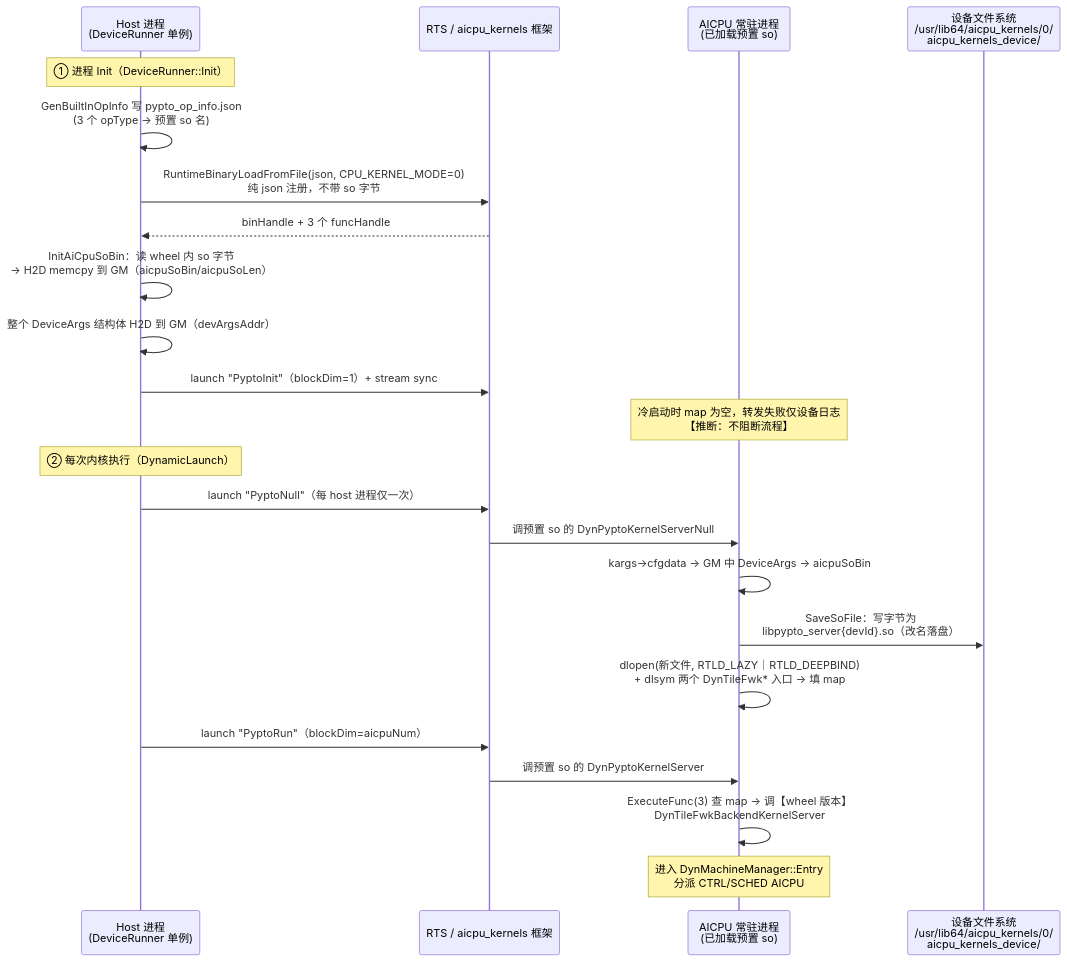
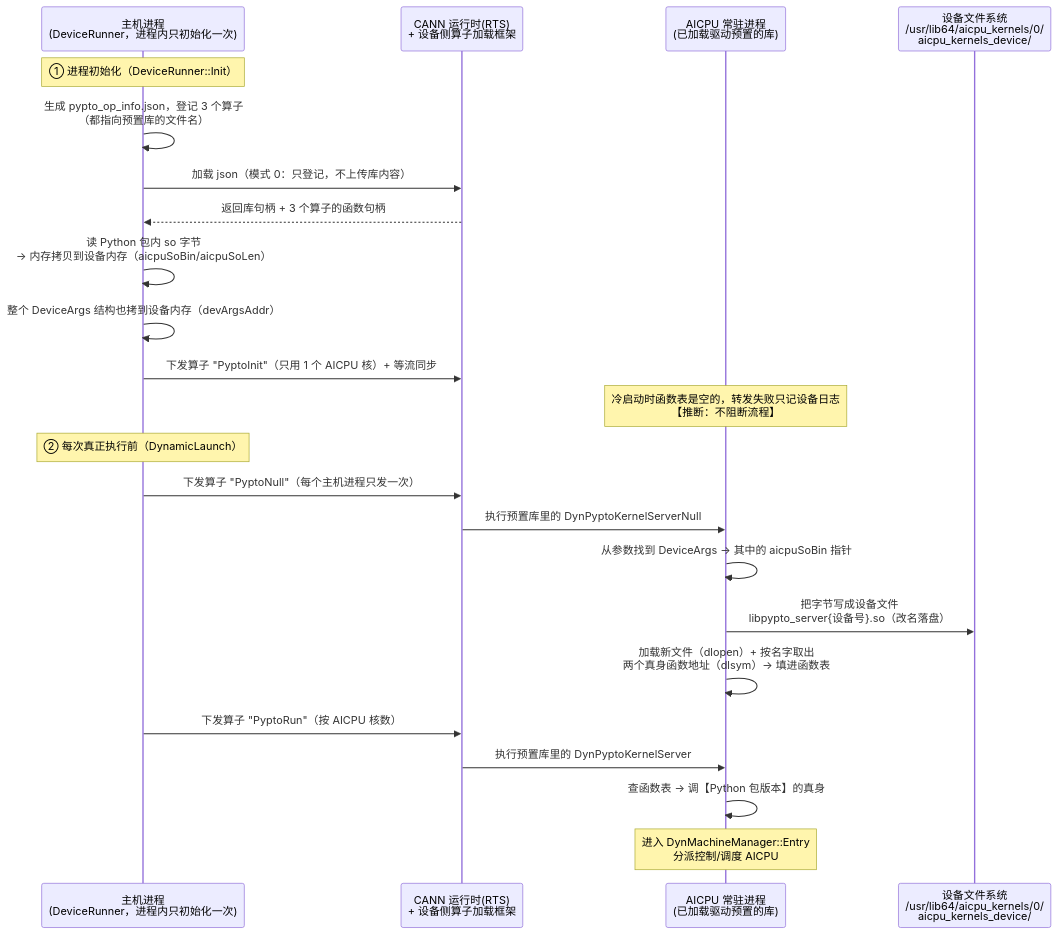
The first of 2 diagrams in docs/310p/pypto-so部署机制解析.md (10wvw01/memfabric_hybrid), drawn with Mermaid before and after one commit. The commit also changed other lines of this file, not shown here.

Commit message:
docs(310p): PyPTO-so部署机制解析全文白话化 — op统一改称算子(表头改为算子名/入口函数/库文件名/算子库类别并括注json字段名),trampoline改称转发桩,GM/H2D/blockDim/stream sync/KFC等术语首次出现处加白话解释,时序图与终态图同步改写;技术事实/源码坐标/置信度标注不变

````diff
--- a/docs/310p/pypto-so部署机制解析.md
+++ b/docs/310p/pypto-so部署机制解析.md
@@ -64,28 +70,28 @@
 ```mermaid
 sequenceDiagram
-    participant H as Host 进程<br/>(DeviceRunner 单例)
-    participant R as RTS / aicpu_kernels 框架
-    participant A as AICPU 常驻进程<br/>(已加载预置 so)
+    participant H as 主机进程<br/>(DeviceRunner，进程内只初始化一次)
+    participant R as CANN 运行时(RTS)<br/>+ 设备侧算子加载框架
+    participant A as AICPU 常驻进程<br/>(已加载驱动预置的库)
     participant F as 设备文件系统<br/>/usr/lib64/aicpu_kernels/0/<br/>aicpu_kernels_device/
 
-    Note over H: ① 进程 Init（DeviceRunner::Init）
-    H->>H: GenBuiltInOpInfo 写 pypto_op_info.json<br/>(3 个 opType → 预置 so 名)
-    H->>R: RuntimeBinaryLoadFromFile(json, CPU_KERNEL_MODE=0)<br/>纯 json 注册，不带 so 字节
-    R-->>H: binHandle + 3 个 funcHandle
-    H->>H: InitAiCpuSoBin：读 wheel 内 so 字节<br/>→ H2D memcpy 到 GM（aicpuSoBin/aicpuSoLen）
-    H->>H: 整个 DeviceArgs 结构体 H2D 到 GM（devArgsAddr）
-    H->>R: launch "PyptoInit"（blockDim=1）+ stream sync
-    Note over A: 冷启动时 map 为空，转发失败仅设备日志<br/>【推断：不阻断流程】
+    Note over H: ① 进程初始化（DeviceRunner::Init）
+    H->>H: 生成 pypto_op_info.json，登记 3 个算子<br/>（都指向预置库的文件名）
+    H->>R: 加载 json（模式 0：只登记，不上传库内容）
+    R-->>H: 返回库句柄 + 3 个算子的函数句柄
+    H->>H: 读 Python 包内 so 字节<br/>→ 内存拷贝到设备内存（aicpuSoBin/aicpuSoLen）
+    H->>H: 整个 DeviceArgs 结构也拷到设备内存（devArgsAddr）
+    H->>R: 下发算子 "PyptoInit"（只用 1 个 AICPU 核）+ 等流同步
+    Note over A: 冷启动时函数表是空的，转发失败只记设备日志<br/>【推断：不阻断流程】
 
-    Note over H: ② 每次内核执行（DynamicLaunch）
-    H->>R: launch "PyptoNull"（每 host 进程仅一次）
-    R->>A: 调预置 so 的 DynPyptoKernelServerNull
-    A->>A: kargs->cfgdata → GM 中 DeviceArgs → aicpuSoBin
-    A->>F: SaveSoFile：写字节为<br/>libpypto_server{devId}.so（改名落盘）
-    A->>A: dlopen(新文件, RTLD_LAZY｜RTLD_DEEPBIND)<br/>+ dlsym 两个 DynTileFwk* 入口 → 填 map
+    Note over H: ② 每次真正执行前（DynamicLaunch）
+    H->>R: 下发算子 "PyptoNull"（每个主机进程只发一次）
+    R->>A: 执行预置库里的 DynPyptoKernelServerNull
+    A->>A: 从参数找到 DeviceArgs → 其中的 aicpuSoBin 指针
+    A->>F: 把字节写成设备文件<br/>libpypto_server{设备号}.so（改名落盘）
+    A->>A: 加载新文件（dlopen）+ 按名字取出<br/>两个真身函数地址（dlsym）→ 填进函数表
 
-    H->>R: launch "PyptoRun"（blockDim=aicpuNum）
-    R->>A: 调预置 so 的 DynPyptoKernelServer
-    A->>A: ExecuteFunc(3) 查 map → 调【wheel 版本】<br/>DynTileFwkBackendKernelServer
-    Note over A: 进入 DynMachineManager::Entry<br/>分派 CTRL/SCHED AICPU
+    H->>R: 下发算子 "PyptoRun"（按 AICPU 核数）
+    R->>A: 执行预置库里的 DynPyptoKernelServer
+    A->>A: 查函数表 → 调【Python 包版本】的真身
+    Note over A: 进入 DynMachineManager::Entry<br/>分派控制/调度 AICPU
 ```
````
